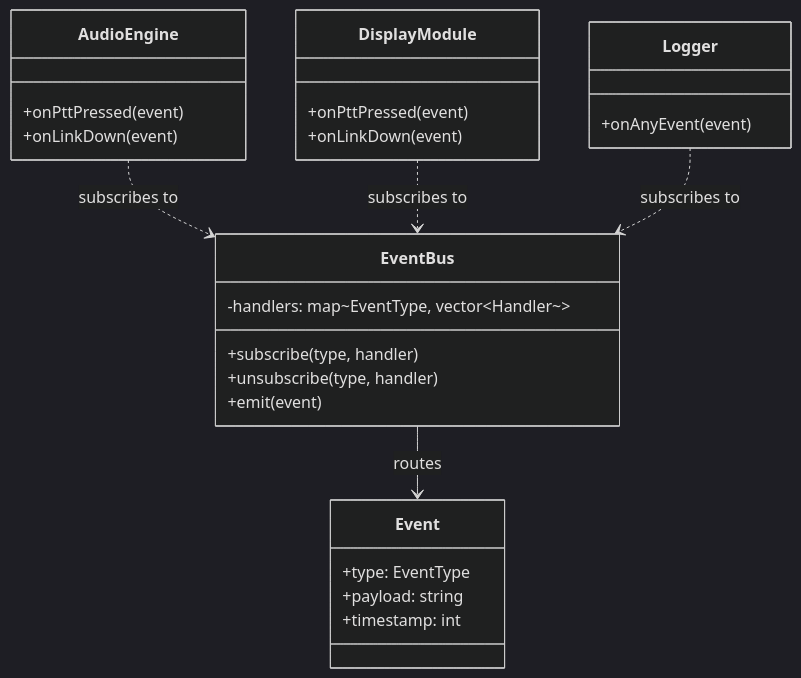
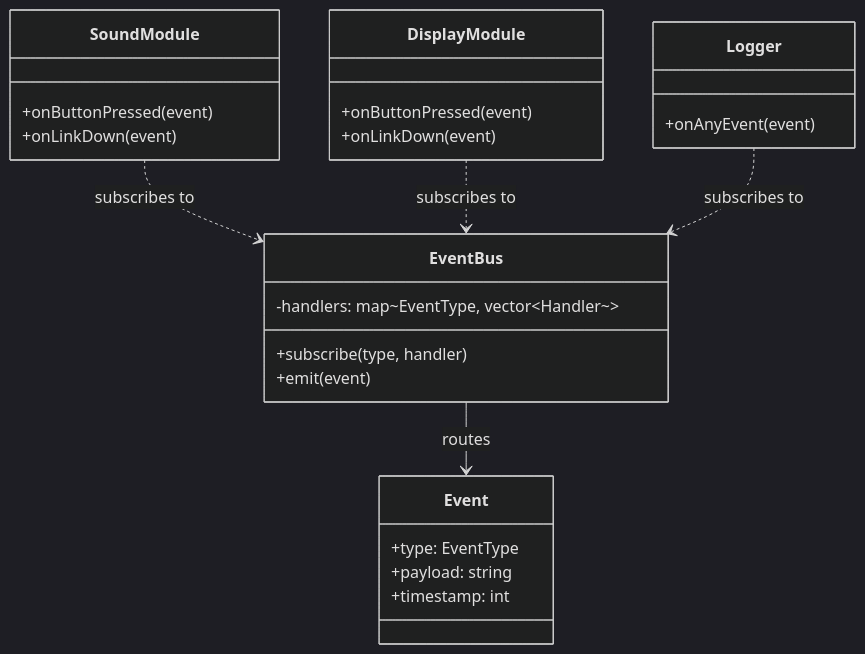
One commit to Apisteftos/QtTutorialCpp changed the third of 4 diagrams in 09_SoftwareArchitecture/ArchitecturalPatterns/03_EventDriven/README.md. Above: the diagram before and after it, drawn with Mermaid (dark theme). The commit also changed other lines of this file and 349 other files, not shown here.

````diff
--- a/09_SoftwareArchitecture/ArchitecturalPatterns/03_EventDriven/README.md
+++ b/09_SoftwareArchitecture/ArchitecturalPatterns/03_EventDriven/README.md
@@ -58,30 +58,29 @@
 ```mermaid
 classDiagram
     class Event {
         +type: EventType
         +payload: string
         +timestamp: int
     }
     class EventBus {
         +subscribe(type, handler)
-        +unsubscribe(type, handler)
         +emit(event)
         -handlers: map~EventType, vector~Handler~~
     }
-    class AudioEngine {
-        +onPttPressed(event)
+    class SoundModule {
+        +onButtonPressed(event)
         +onLinkDown(event)
     }
     class DisplayModule {
-        +onPttPressed(event)
+        +onButtonPressed(event)
         +onLinkDown(event)
     }
     class Logger {
         +onAnyEvent(event)
     }
 
     EventBus --> Event : routes
-    AudioEngine ..> EventBus : subscribes to
+    SoundModule ..> EventBus : subscribes to
     DisplayModule ..> EventBus : subscribes to
     Logger ..> EventBus : subscribes to
 ```
````
